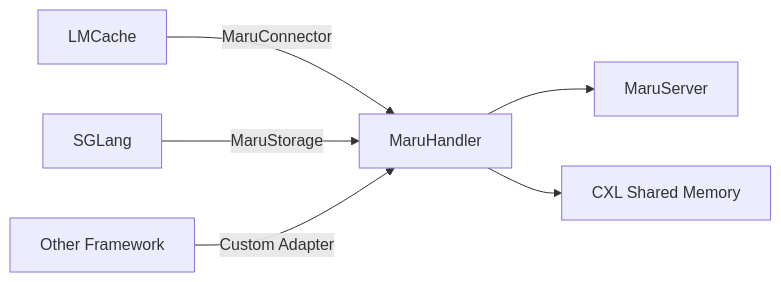
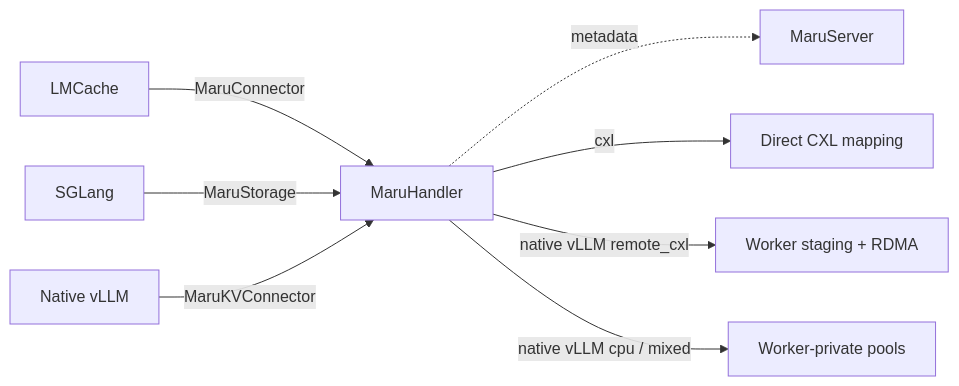
Before and after one commit to xcena-dev/maru: the seventh of 7 diagrams in docs/source/design_doc/architecture_overview.md, drawn with Mermaid. The commit also changed other lines of this file and 29 other files, not shown here.

````diff
--- a/docs/source/design_doc/architecture_overview.md
+++ b/docs/source/design_doc/architecture_overview.md
@@ -270,8 +304,10 @@
 ```mermaid
 graph LR
     A[LMCache] -->|MaruConnector| D[MaruHandler]
     B[SGLang] -->|MaruStorage| D
-    C[Other Framework] -->|Custom Adapter| D
-    D --> E[MaruServer]
-    D --> F[CXL Shared Memory]
+    C[Native vLLM] -->|MaruKVConnector| D
+    D -.->|metadata| E[MaruServer]
+    D -->|cxl| F[Direct CXL mapping]
+    D -->|native vLLM remote_cxl| G[Worker staging + RDMA]
+    D -->|native vLLM cpu / mixed| H[Worker-private pools]
 ```
````
